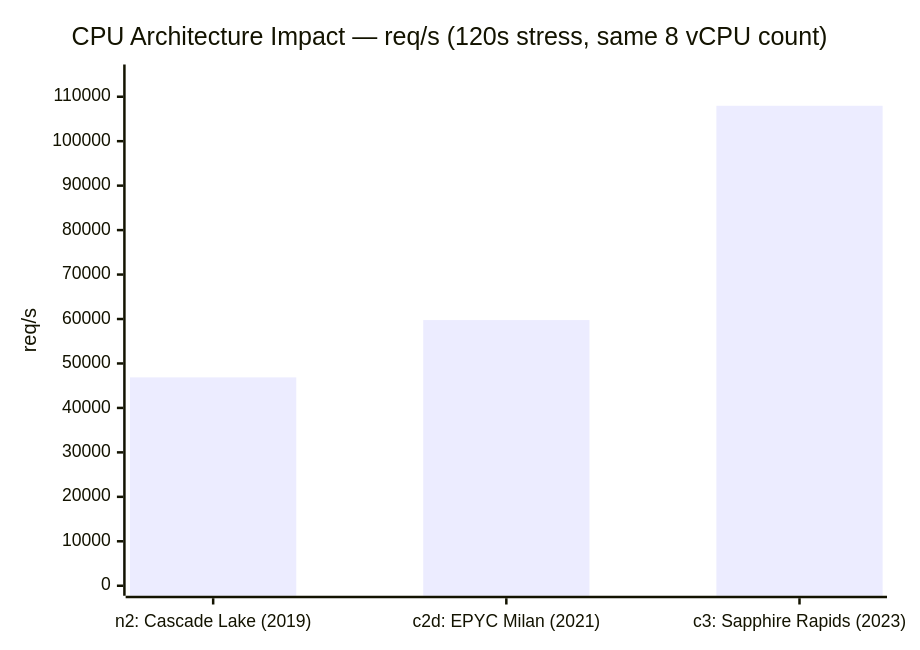
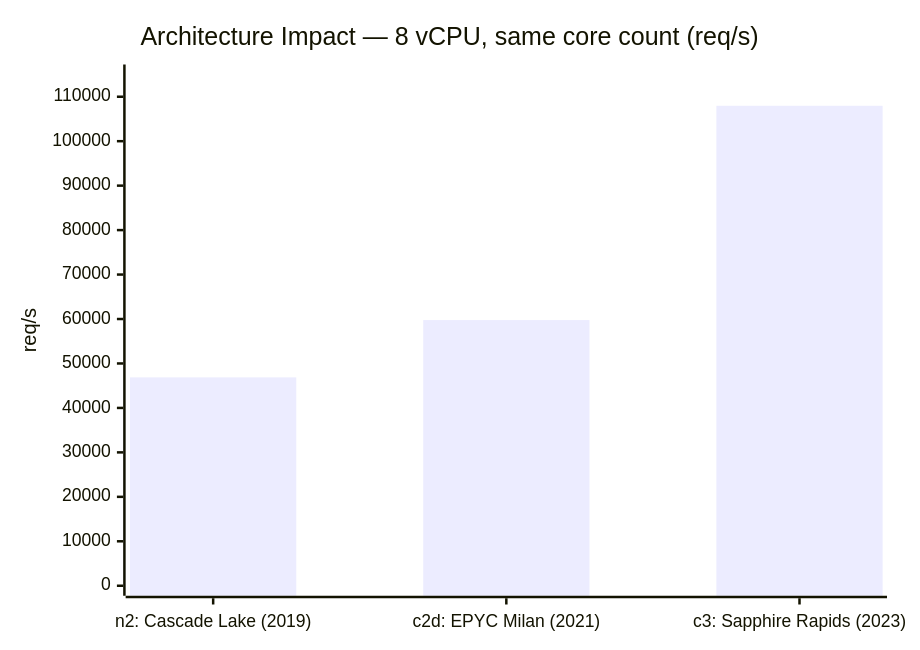
One commit to Manan-jn/rate-limiter changed the eighth of 11 diagrams in README.md. Above: the diagram before and after it, drawn with Mermaid. The commit also changed other lines of this file, not shown here.

Commit message:
Restructure README with Mermaid charts and performance benchmarks

````diff
--- a/README.md
+++ b/README.md
@@ -403,7 +381,7 @@
 ```mermaid
 xychart-beta
-    title "CPU Architecture Impact — req/s (120s stress, same 8 vCPU count)"
+    title "Architecture Impact — 8 vCPU, same core count (req/s)"
     x-axis ["n2: Cascade Lake (2019)", "c2d: EPYC Milan (2021)", "c3: Sapphire Rapids (2023)"]
     y-axis "req/s" 0 --> 115000
     bar [46876, 59760, 107967]
 ```
````
